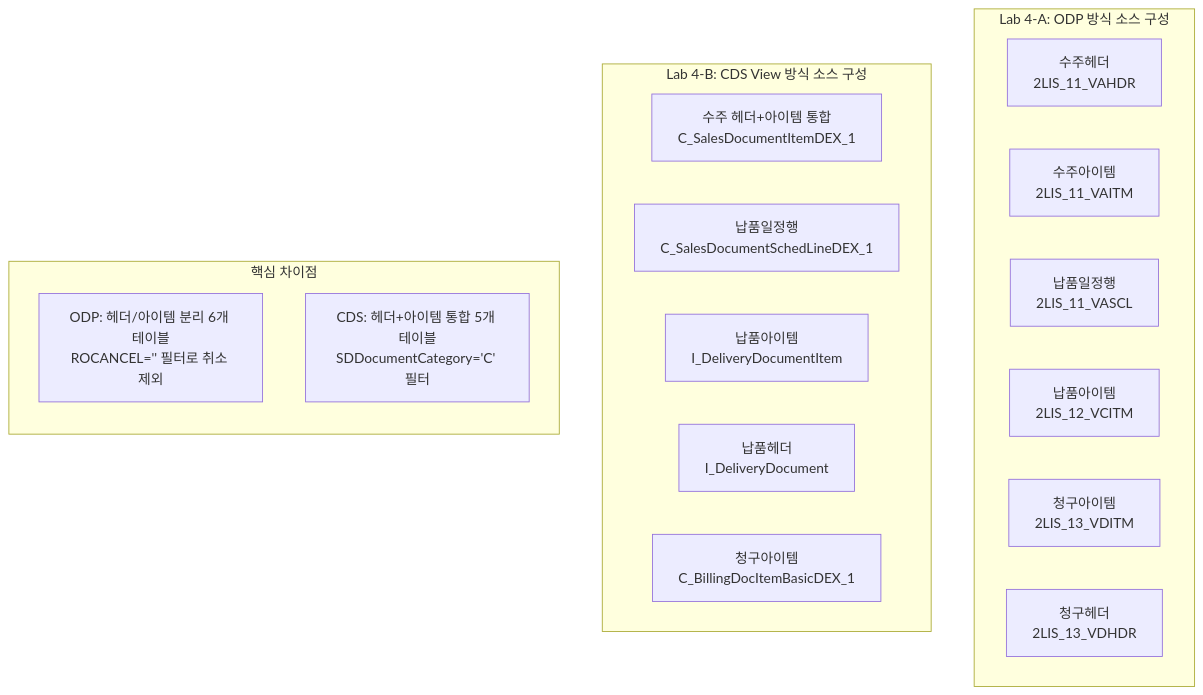
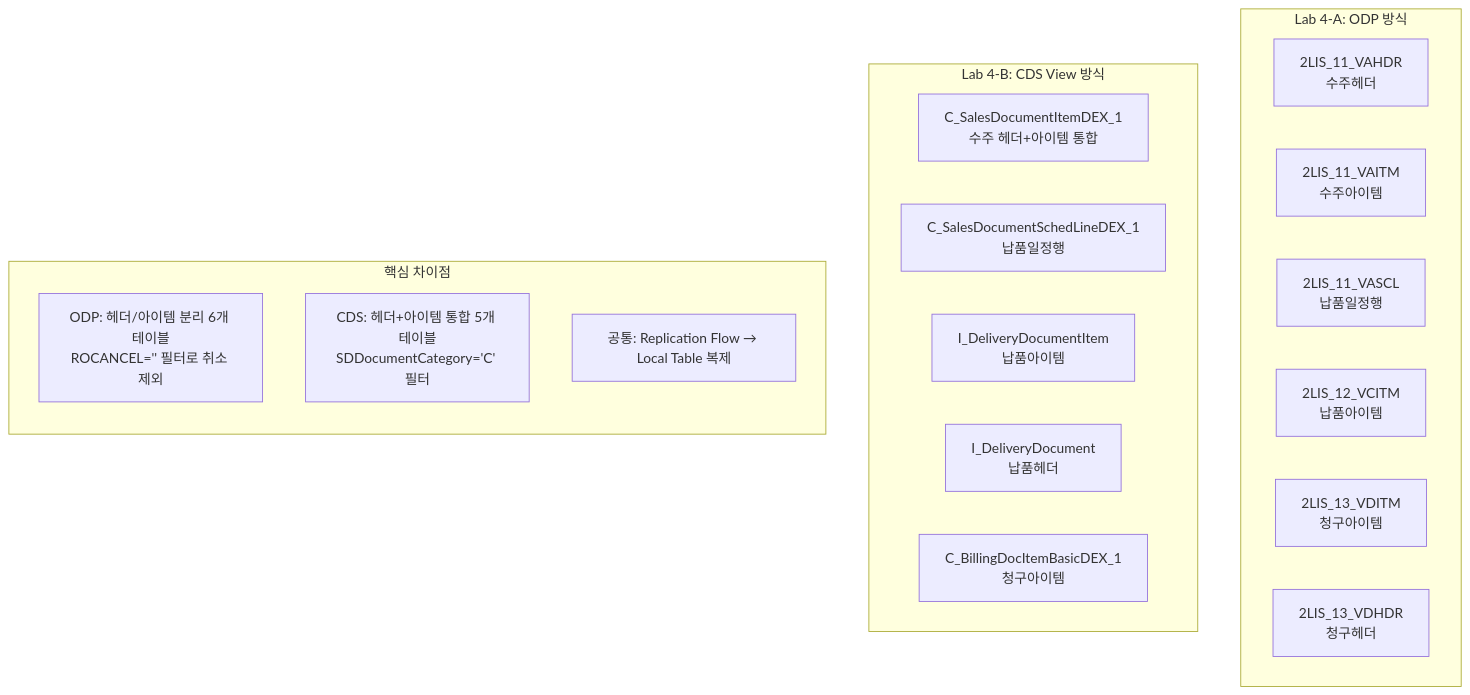
Before and after one commit to youngseols925/sap-datasphere-bdc-workshop: the fourth of 5 diagrams in docs/architecture.md, drawn with Mermaid. The commit also changed other lines of this file and 1 other file, not shown here.

First line of the commit message:
fix: CDS View 방식도 Replication Flow + Local Table로 전면 수정

````diff
--- a/docs/architecture.md
+++ b/docs/architecture.md
@@ -150,27 +162,28 @@
 ```mermaid
 graph TB
-    subgraph ODP["Lab 4-A: ODP 방식 소스 구성"]
+    subgraph ODP["Lab 4-A: ODP 방식"]
         direction LR
-        V[수주헤더<br/>2LIS_11_VAHDR] 
-        I[수주아이템<br/>2LIS_11_VAITM]
-        SC[납품일정행<br/>2LIS_11_VASCL]
-        DI[납품아이템<br/>2LIS_12_VCITM]
-        BI[청구아이템<br/>2LIS_13_VDITM]
-        BH[청구헤더<br/>2LIS_13_VDHDR]
+        O_V[2LIS_11_VAHDR<br/>수주헤더]
+        O_I[2LIS_11_VAITM<br/>수주아이템]
+        O_SC[2LIS_11_VASCL<br/>납품일정행]
+        O_DI[2LIS_12_VCITM<br/>납품아이템]
+        O_BI[2LIS_13_VDITM<br/>청구아이템]
+        O_BH[2LIS_13_VDHDR<br/>청구헤더]
     end
 
-    subgraph CDS["Lab 4-B: CDS View 방식 소스 구성"]
+    subgraph CDS["Lab 4-B: CDS View 방식"]
         direction LR
-        SD[수주 헤더+아이템 통합<br/>C_SalesDocumentItemDEX_1]
-        SSL[납품일정행<br/>C_SalesDocumentSchedLineDEX_1]
-        DDI[납품아이템<br/>I_DeliveryDocumentItem]
-        DDH[납품헤더<br/>I_DeliveryDocument]
-        BDI[청구아이템<br/>C_BillingDocItemBasicDEX_1]
+        C_SD[C_SalesDocumentItemDEX_1<br/>수주 헤더+아이템 통합]
+        C_SSL[C_SalesDocumentSchedLineDEX_1<br/>납품일정행]
+        C_DDI[I_DeliveryDocumentItem<br/>납품아이템]
+        C_DDH[I_DeliveryDocument<br/>납품헤더]
+        C_BDI[C_BillingDocItemBasicDEX_1<br/>청구아이템]
     end
 
     subgraph DIFF["핵심 차이점"]
         direction TB
         D1["ODP: 헤더/아이템 분리 6개 테이블<br/>ROCANCEL='' 필터로 취소 제외"]
         D2["CDS: 헤더+아이템 통합 5개 테이블<br/>SDDocumentCategory='C' 필터"]
+        D3["공통: Replication Flow → Local Table 복제"]
     end
 ```
````
